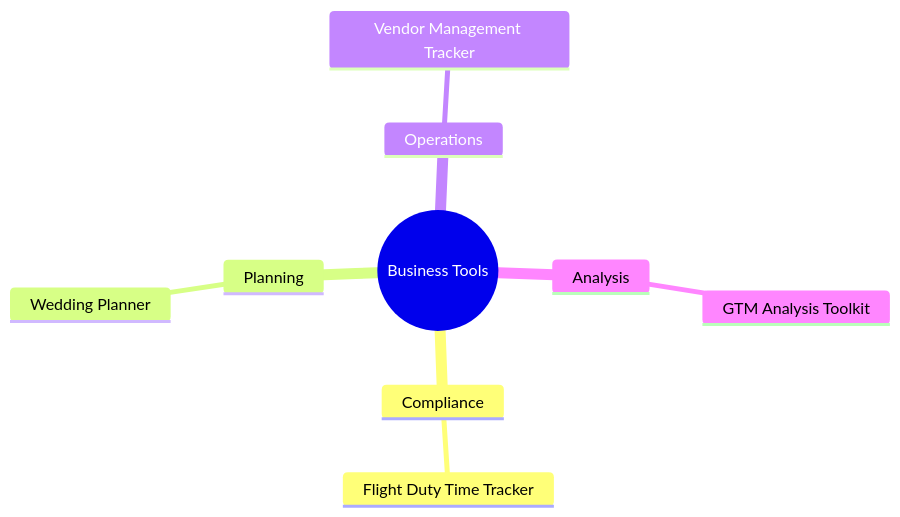
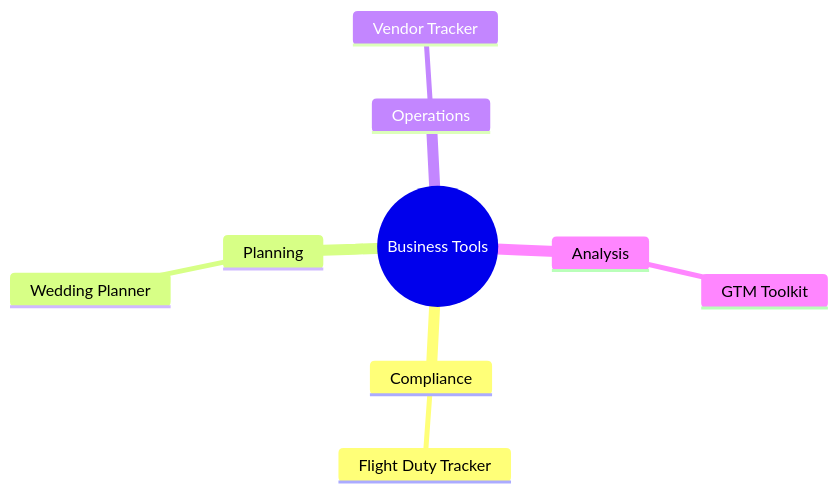
Before and after one commit to HyVoid/About-me: the second of 3 diagrams in README.md, drawn with Mermaid. The commit also changed other lines of this file, not shown here.

````diff
--- a/README.md
+++ b/README.md
@@ -72,12 +121,12 @@
 ```mermaid
 mindmap
   root((Business Tools))
     Compliance
-      Flight Duty Time Tracker
+      Flight Duty Tracker
     Planning
       Wedding Planner
     Operations
-      Vendor Management Tracker
+      Vendor Tracker
     Analysis
-      GTM Analysis Toolkit
+      GTM Toolkit
 ```
````
